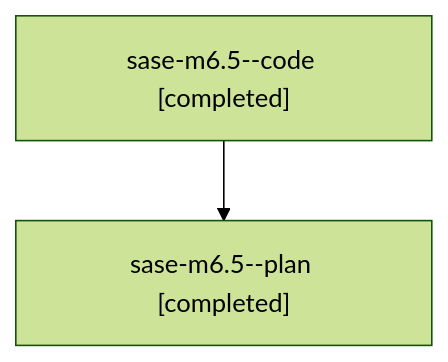
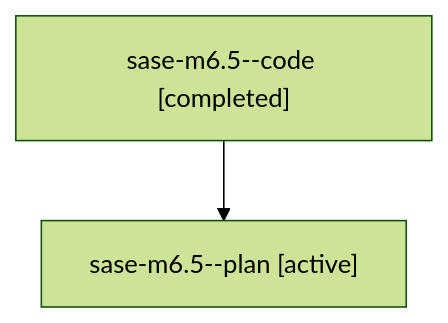
One commit to sase-org/sase--agents changed the diagram in families/bbugyi200.athena.sase-m6.5.md. Above: the diagram before and after it, drawn with Mermaid (forest theme). The commit also changed other lines of this file and 35830 other files, not shown here.

````diff
--- a/families/bbugyi200.athena.sase-m6.5.md
+++ b/families/bbugyi200.athena.sase-m6.5.md
@@ -9,6 +9,6 @@
 ```mermaid
 flowchart TD
   n0["sase-m6.5--code [completed]"]
-  n1["sase-m6.5--plan [completed]"]
+  n1["sase-m6.5--plan [active]"]
   n0 --> n1
 ```
````
